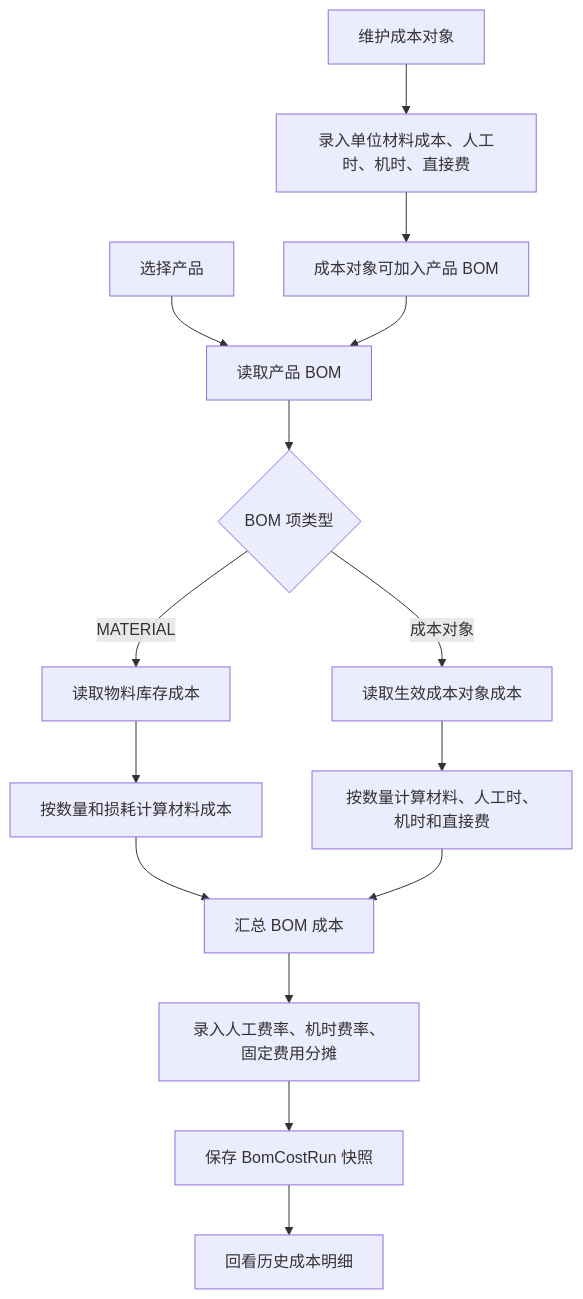
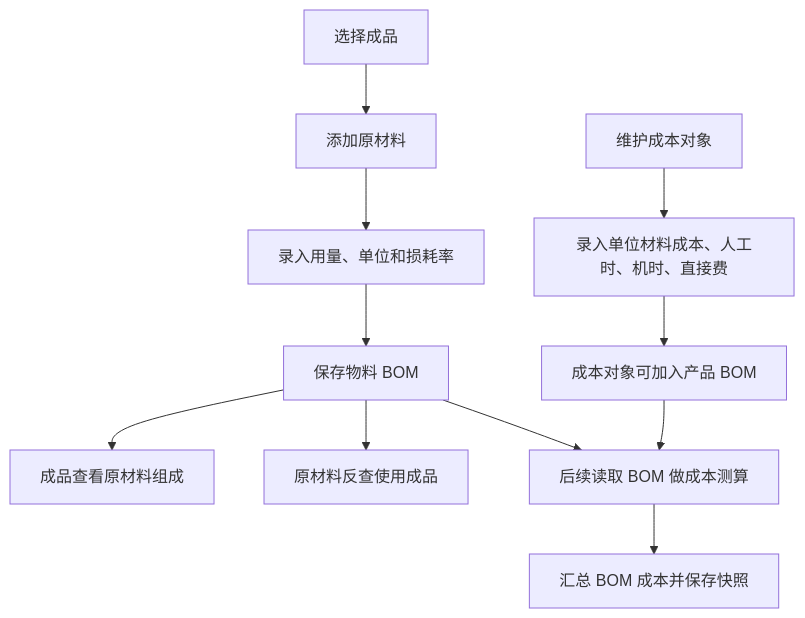
The seventh of 11 diagrams in docs/minierp/system-function-flow.md (goldf2/mes-lite), drawn with Mermaid before and after one commit. The commit also changed other lines of this file and 20 other files, not shown here.

Commit message:
feat: add material bom relations

````diff
--- a/docs/minierp/system-function-flow.md
+++ b/docs/minierp/system-function-flow.md
@@ -215,17 +215,13 @@
 ```mermaid
 flowchart TD
-  A["维护成本对象"] --> B["录入单位材料成本、人工时、机时、直接费"]
-  B --> C["成本对象可加入产品 BOM"]
-  D["选择产品"] --> E["读取产品 BOM"]
-  C --> E
-  E --> F{"BOM 项类型"}
-  F -->|MATERIAL| G["读取物料库存成本"]
-  F -->|成本对象| H["读取生效成本对象成本"]
-  G --> I["按数量和损耗计算材料成本"]
-  H --> J["按数量计算材料、人工时、机时和直接费"]
-  I --> K["汇总 BOM 成本"]
-  J --> K
-  K --> L["录入人工费率、机时费率、固定费用分摊"]
-  L --> M["保存 BomCostRun 快照"]
-  M --> N["回看历史成本明细"]
+  A["选择成品"] --> B["添加原材料"]
+  B --> C["录入用量、单位和损耗率"]
+  C --> D["保存物料 BOM"]
+  D --> E["成品查看原材料组成"]
+  D --> F["原材料反查使用成品"]
+  D --> G["后续读取 BOM 做成本测算"]
+  H["维护成本对象"] --> I["录入单位材料成本、人工时、机时、直接费"]
+  I --> J["成本对象可加入产品 BOM"]
+  J --> G
+  G --> K["汇总 BOM 成本并保存快照"]
 ```
````
